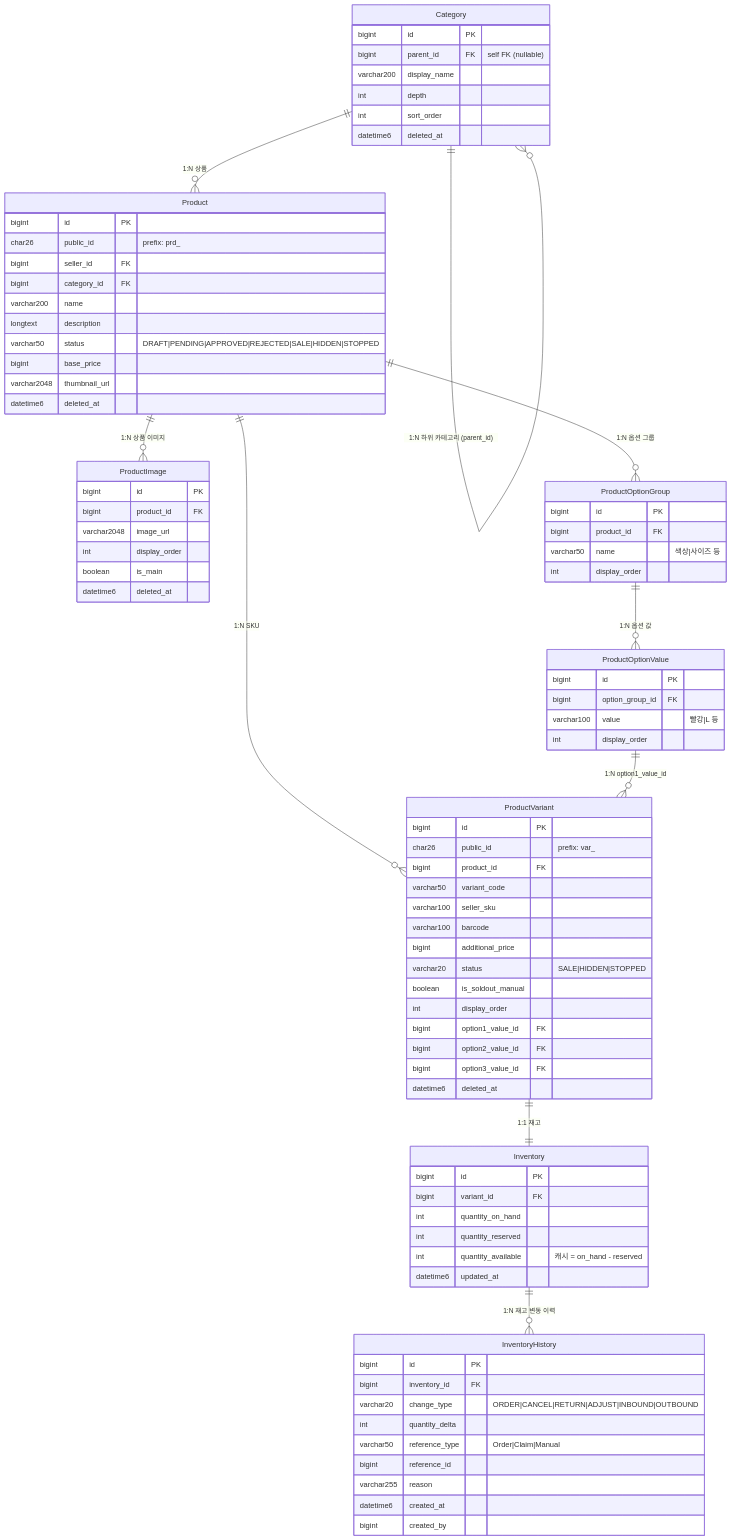
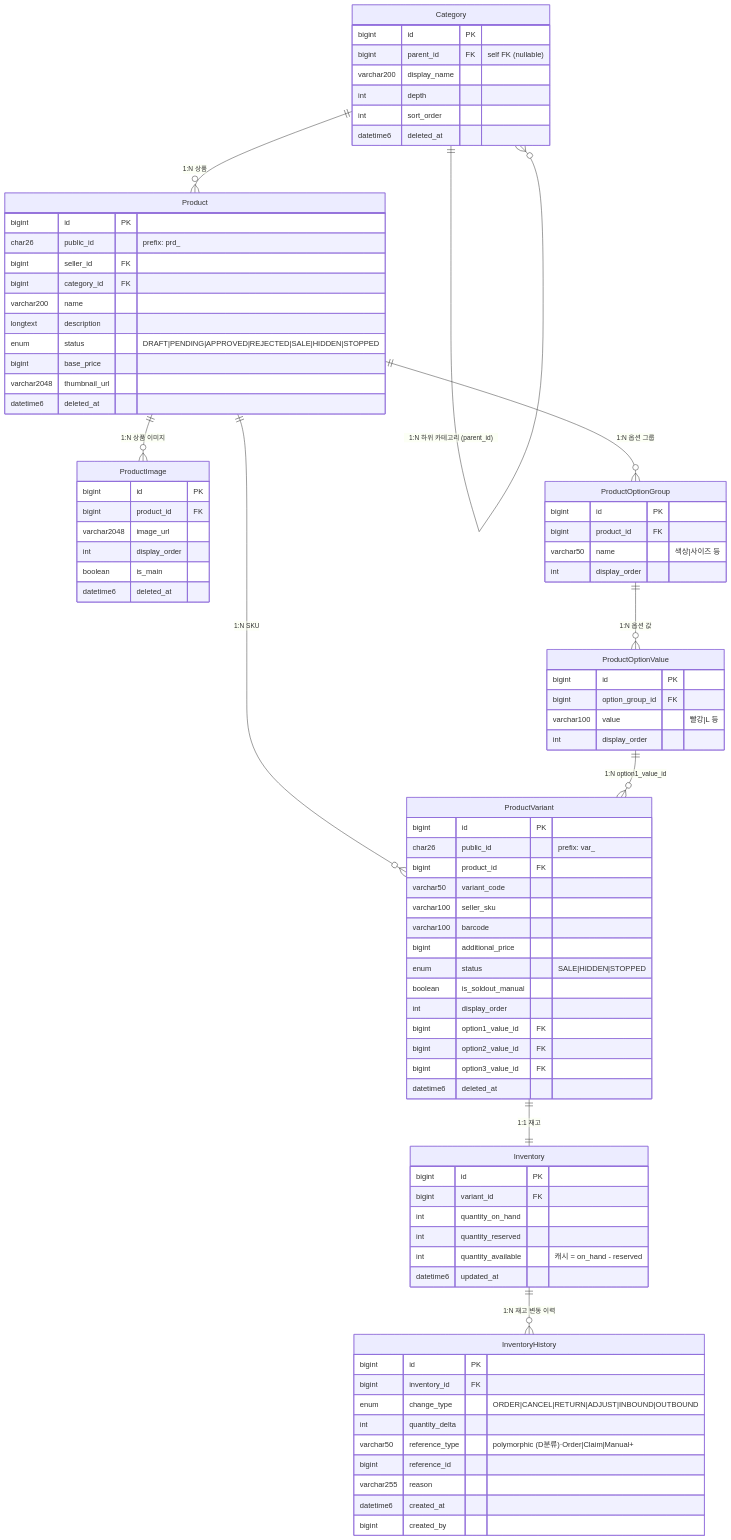
The diagram in docs/design/erd/03-product-inventory.md (zeus721-zslab/zslab-mall), drawn with Mermaid before and after one commit. The commit also changed other lines of this file and 7 other files, not shown here.

First line of the commit message:
﻿docs(enum-policy): ERD enum 분류 정책 v2.3 확정

```diff
--- a/docs/design/erd/03-product-inventory.md
+++ b/docs/design/erd/03-product-inventory.md
@@ -24,7 +24,7 @@
         bigint category_id FK
         varchar200 name
         longtext description
-        varchar50 status "DRAFT|PENDING|APPROVED|REJECTED|SALE|HIDDEN|STOPPED"
+        enum status "DRAFT|PENDING|APPROVED|REJECTED|SALE|HIDDEN|STOPPED"
         bigint base_price
         varchar2048 thumbnail_url
         datetime6 deleted_at
@@ -61,7 +61,7 @@
         varchar100 seller_sku
         varchar100 barcode
         bigint additional_price
-        varchar20 status "SALE|HIDDEN|STOPPED"
+        enum status "SALE|HIDDEN|STOPPED"
         boolean is_soldout_manual
         int display_order
         bigint option1_value_id FK
@@ -82,9 +82,9 @@
     InventoryHistory {
         bigint id PK
         bigint inventory_id FK
-        varchar20 change_type "ORDER|CANCEL|RETURN|ADJUST|INBOUND|OUTBOUND"
+        enum change_type "ORDER|CANCEL|RETURN|ADJUST|INBOUND|OUTBOUND"
         int quantity_delta
-        varchar50 reference_type "Order|Claim|Manual"
+        varchar50 reference_type "polymorphic (D분류)·Order|Claim|Manual+"
         bigint reference_id
         varchar255 reason
         datetime6 created_at
```
